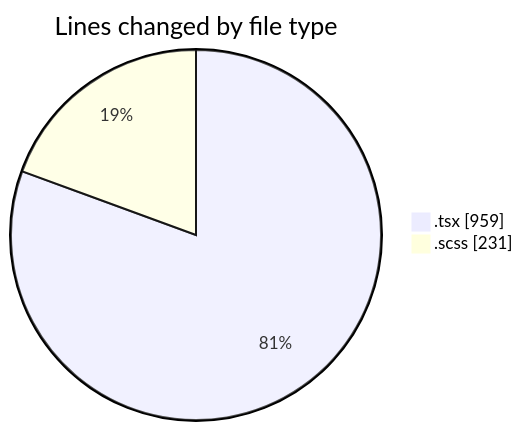
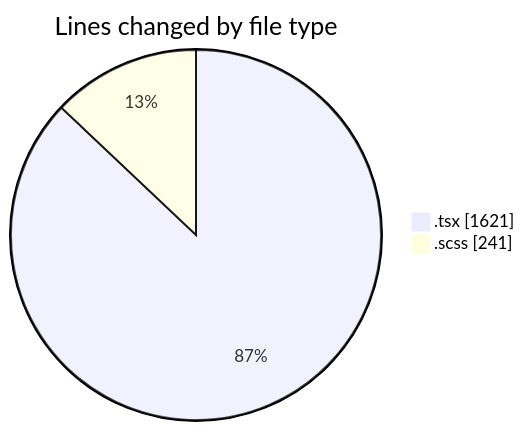
Before and after one commit to momahboobian/code-tracking: the first of 2 diagrams in 2025-07-03/cda/README.md, drawn with Mermaid. The commit also changed other lines of this file and 1 other file, not shown here.

````diff
--- a/2025-07-03/cda/README.md
+++ b/2025-07-03/cda/README.md
@@ -25,6 +28,6 @@
 ```mermaid
 pie showData
 title Lines changed by file type
-".tsx" : 959
-".scss" : 231
+".tsx" : 1621
+".scss" : 241
 ```
````
